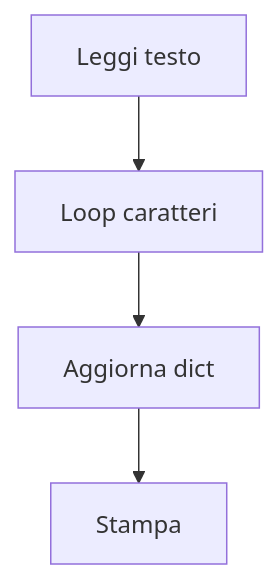
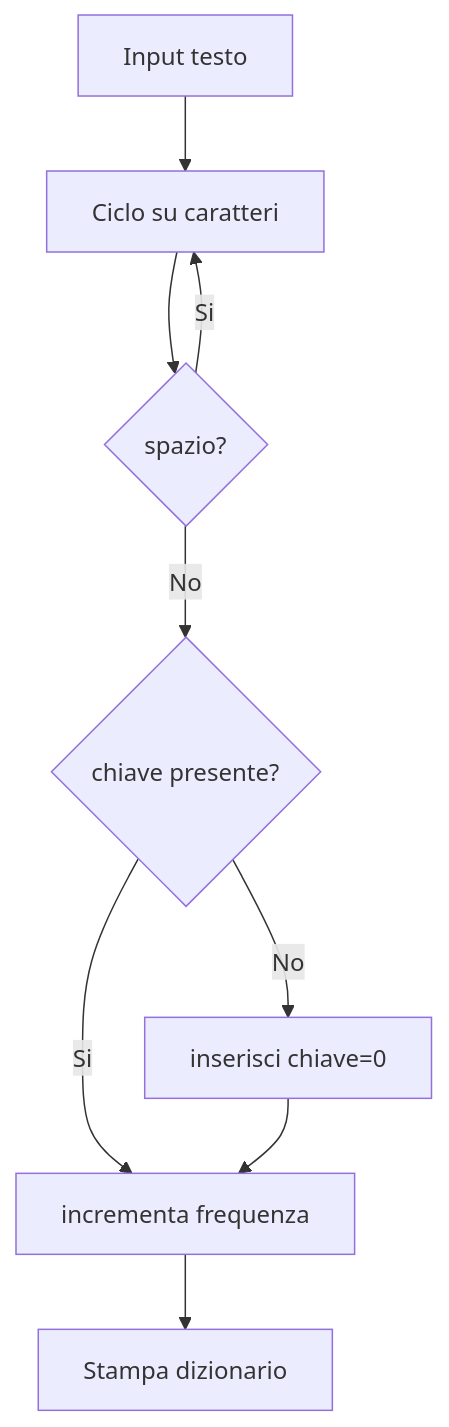
Before and after one commit to lucadagati/Lab_Fondamenti_di_Informatica_25_26: diagram 12 of 20 in 04-python-jupyter-analisi-biomedica/README.md, drawn with Mermaid. The commit also changed other lines of this file, not shown here.

First line of the commit message:
README Lab 4: aggiunge testo esercizi e flow più espliciti

````diff
--- a/04-python-jupyter-analisi-biomedica/README.md
+++ b/04-python-jupyter-analisi-biomedica/README.md
@@ -161,6 +198,11 @@
 ```mermaid
 flowchart TD
-    A[Leggi testo] --> B[Loop caratteri]
-    B --> C[Aggiorna dict]
-    C --> D[Stampa]
+    A[Input testo] --> B[Ciclo su caratteri]
+    B --> C{spazio?}
+    C -- Si --> B
+    C -- No --> D{chiave presente?}
+    D -- No --> E[inserisci chiave=0]
+    D -- Si --> F[incrementa frequenza]
+    E --> F
+    F --> G[Stampa dizionario]
 ```
````
